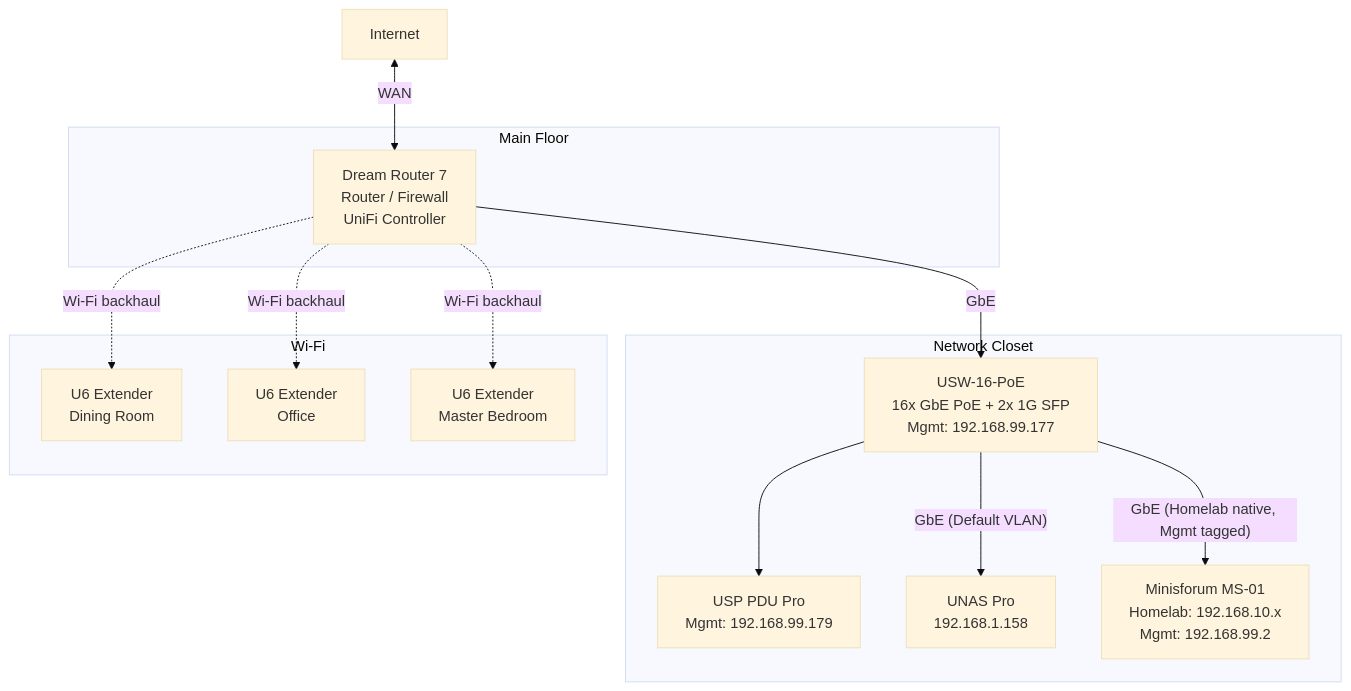
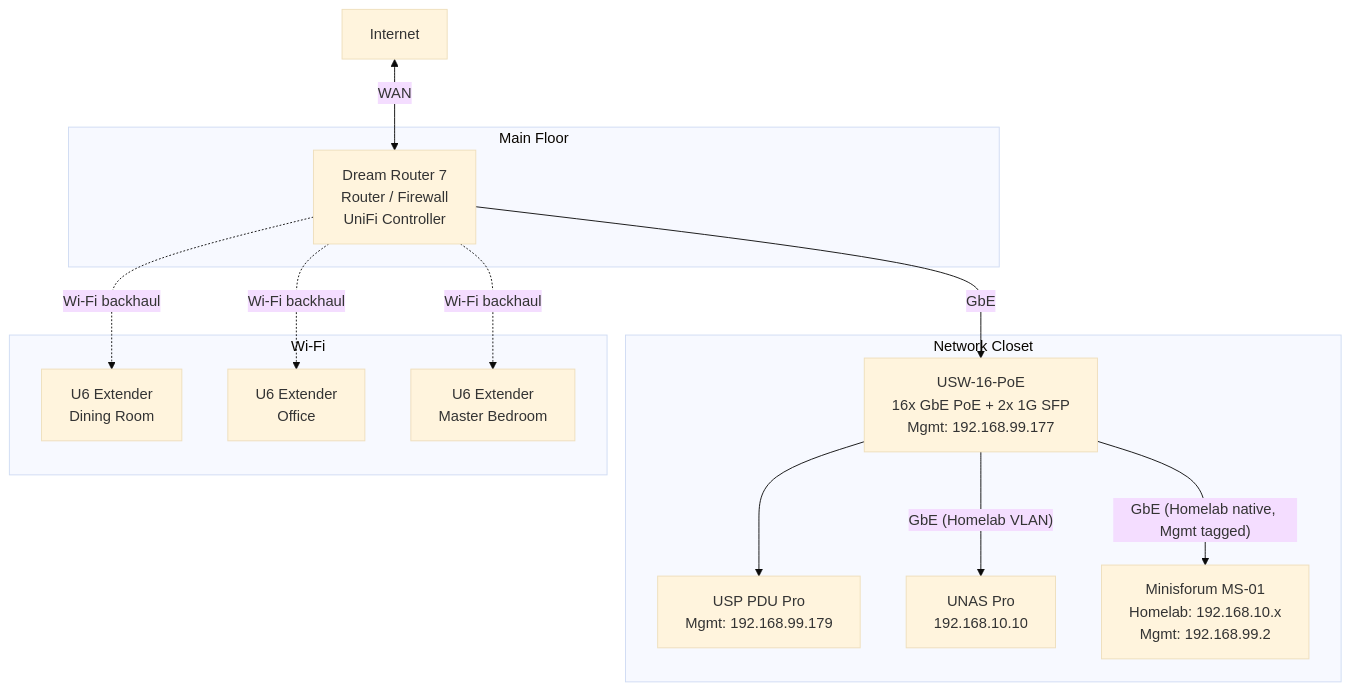
Before and after one commit to kyleseneker/homelab: the first of 2 diagrams in docs/architecture/network-infrastructure.md, drawn with Mermaid (base theme). The commit also changed other lines of this file and 21 other files, not shown here.

Commit message:
feat(nas): move the nas to the homelab vlan

````diff
--- a/docs/architecture/network-infrastructure.md
+++ b/docs/architecture/network-infrastructure.md
@@ -7,29 +7,29 @@
 ```mermaid
 flowchart TD
     internet["Internet"] <-->|"WAN"| DR7
 
     subgraph main_floor ["Main Floor"]
         DR7["Dream Router 7<br/>Router / Firewall<br/>UniFi Controller"]
     end
 
     subgraph closet ["Network Closet"]
         SW["USW-16-PoE<br/>16x GbE PoE + 2x 1G SFP<br/>Mgmt: 192.168.99.177"]
         PDU["USP PDU Pro<br/>Mgmt: 192.168.99.179"]
-        NAS["UNAS Pro<br/>192.168.1.158"]
+        NAS["UNAS Pro<br/>192.168.10.10"]
         MS01["Minisforum MS-01<br/>Homelab: 192.168.10.x<br/>Mgmt: 192.168.99.2"]
     end
 
     subgraph wifi ["Wi-Fi"]
         U6a["U6 Extender<br/>Dining Room"]
         U6b["U6 Extender<br/>Office"]
         U6c["U6 Extender<br/>Master Bedroom"]
     end
 
     DR7 -->|"GbE"| SW
-    SW -->|"GbE (Default VLAN)"| NAS
+    SW -->|"GbE (Homelab VLAN)"| NAS
     SW -->|"GbE (Homelab native, Mgmt tagged)"| MS01
     SW --> PDU
     DR7 -.->|"Wi-Fi backhaul"| U6a
     DR7 -.->|"Wi-Fi backhaul"| U6b
     DR7 -.->|"Wi-Fi backhaul"| U6c
 ```
````
